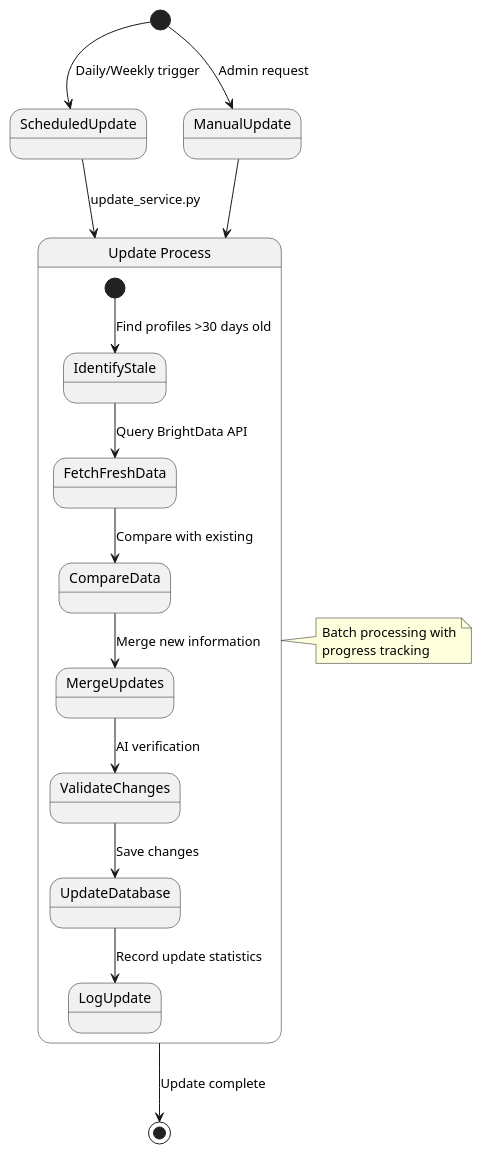
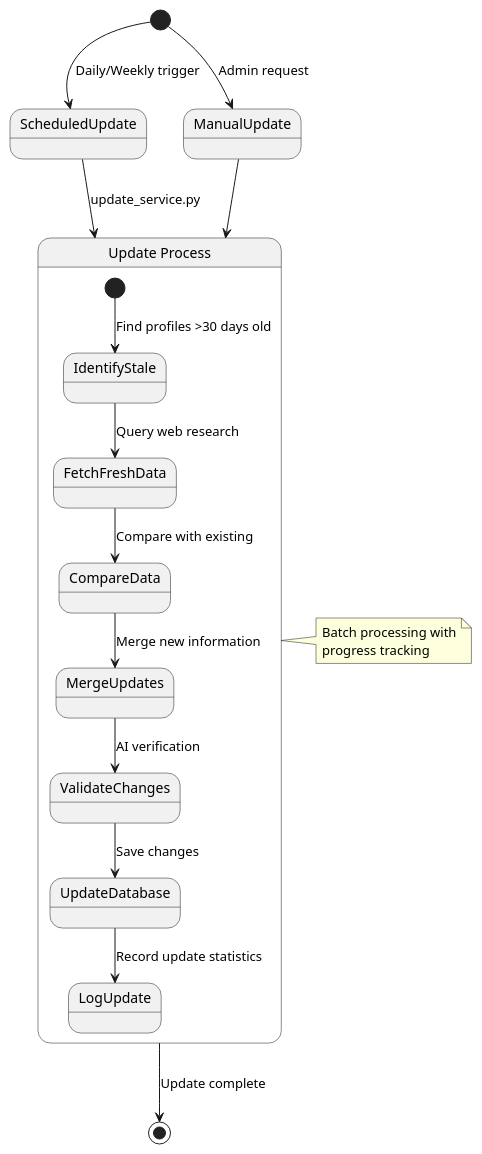
One commit to MananiDennis/alumniSystem changed diagram 11 of 17 in DOCUMENTATION.md. Above: the diagram before and after it, drawn with PlantUML. The commit also changed other lines of this file and 5 other files, not shown here.

````diff
--- a/DOCUMENTATION.md
+++ b/DOCUMENTATION.md
@@ -595,26 +702,26 @@
 ```plantuml
 @startuml Update Service State Diagram
 [*] --> ScheduledUpdate : Daily/Weekly trigger
 [*] --> ManualUpdate : Admin request
 
 ScheduledUpdate --> UpdateService : update_service.py
 ManualUpdate --> UpdateService
 
 state UpdateService as "Update Process" {
     [*] --> IdentifyStale : Find profiles >30 days old
-    IdentifyStale --> FetchFreshData : Query BrightData API
+    IdentifyStale --> FetchFreshData : Query web research
     FetchFreshData --> CompareData : Compare with existing
     CompareData --> MergeUpdates : Merge new information
     MergeUpdates --> ValidateChanges : AI verification
     ValidateChanges --> UpdateDatabase : Save changes
     UpdateDatabase --> LogUpdate : Record update statistics
 }
 
 UpdateService --> [*] : Update complete
 
 note right of UpdateService
     Batch processing with
     progress tracking
 end note
 @enduml
 ```
````
